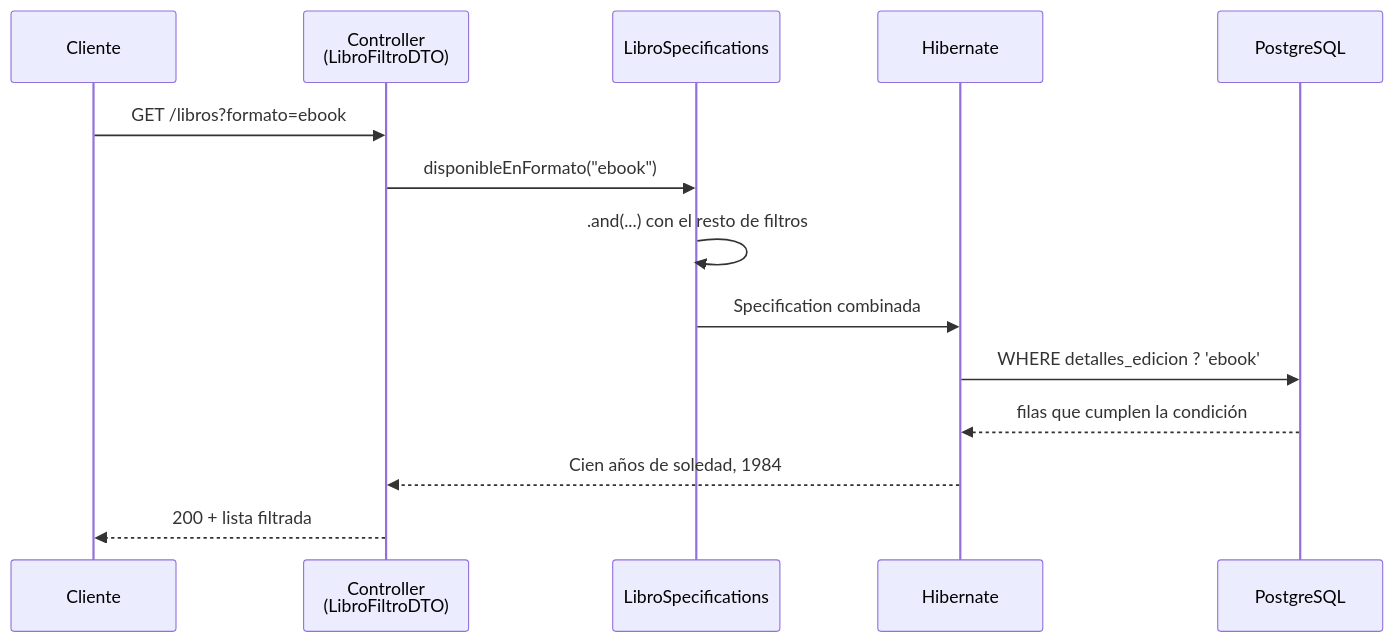
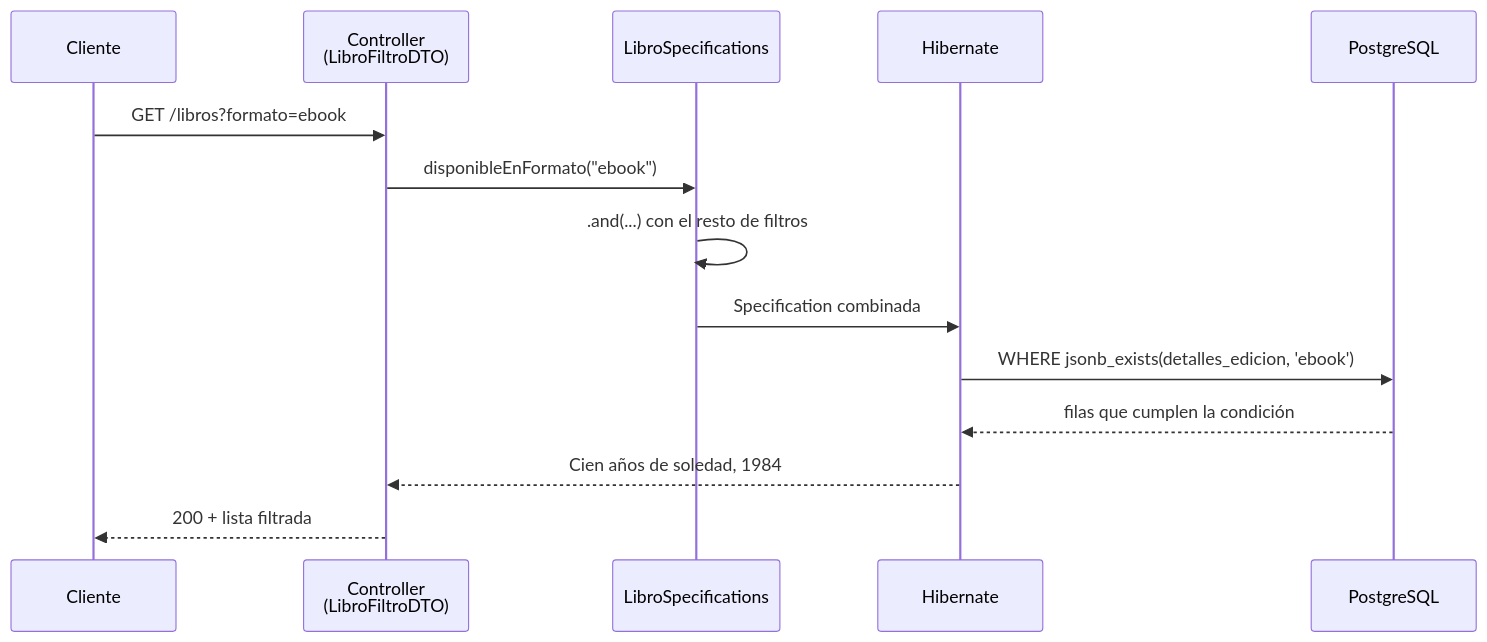
Before and after one commit to aitorventura/acceso-a-datos: the diagram in docs/tema2/consultas-jsonb.md, drawn with Mermaid. The commit also changed other lines of this file and 5 other files, not shown here.

````diff
--- a/docs/tema2/consultas-jsonb.md
+++ b/docs/tema2/consultas-jsonb.md
@@ -65,17 +69,17 @@
 ```mermaid
 sequenceDiagram
     participant Cliente
     participant Controller as Controller<br/>(LibroFiltroDTO)
     participant Spec as LibroSpecifications
     participant Hibernate
     participant Postgres as PostgreSQL
 
     Cliente->>Controller: GET /libros?formato=ebook
     Controller->>Spec: disponibleEnFormato("ebook")
     Spec->>Spec: .and(...) con el resto de filtros
     Spec->>Hibernate: Specification combinada
-    Hibernate->>Postgres: WHERE detalles_edicion ? 'ebook'
+    Hibernate->>Postgres: WHERE jsonb_exists(detalles_edicion, 'ebook')
     Postgres-->>Hibernate: filas que cumplen la condición
     Hibernate-->>Controller: Cien años de soledad, 1984
     Controller-->>Cliente: 200 + lista filtrada
 ```
````
